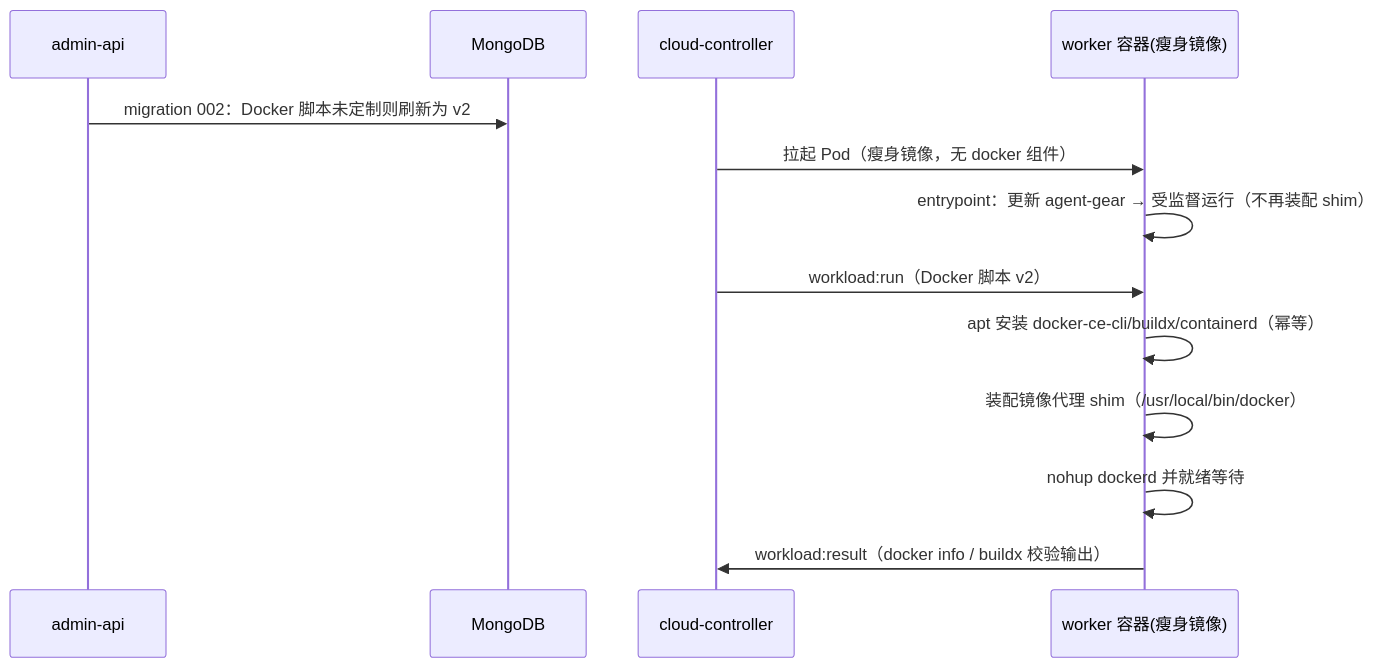
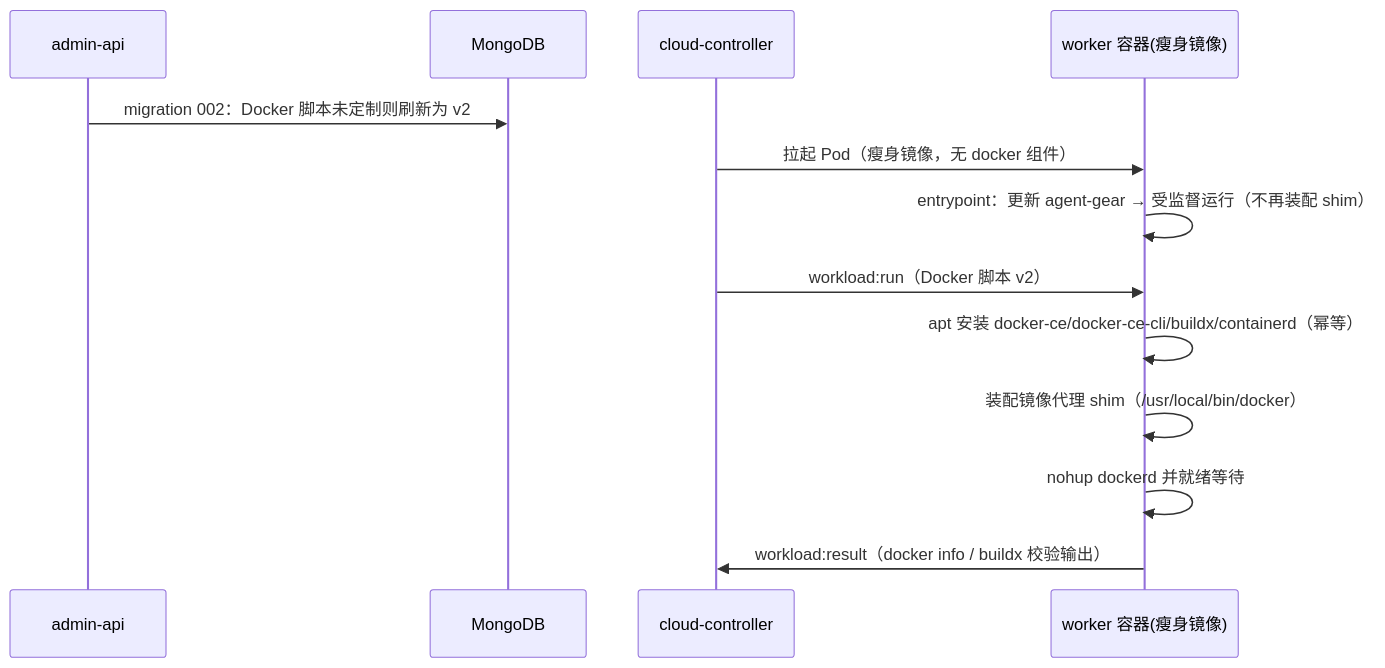
The third of 4 diagrams in docs/engineering/proposals/20261018-feat-workload-phase4.md (Deliay/z-agent-gear), drawn with Mermaid before and after one commit. The commit also changed other lines of this file and 2 other files, not shown here.

First line of the commit message:
docs(workload): 同步 Docker 脚本 v2 包列表与内网安装源口径

````diff
--- a/docs/engineering/proposals/20261018-feat-workload-phase4.md
+++ b/docs/engineering/proposals/20261018-feat-workload-phase4.md
@@ -121,16 +122,16 @@
 ```mermaid
 sequenceDiagram
     participant A as admin-api
     participant M as MongoDB
     participant C as cloud-controller
     participant W as worker 容器(瘦身镜像)
 
     A->>M: migration 002：Docker 脚本未定制则刷新为 v2
     C->>W: 拉起 Pod（瘦身镜像，无 docker 组件）
     W->>W: entrypoint：更新 agent-gear → 受监督运行（不再装配 shim）
     C->>W: workload:run（Docker 脚本 v2）
-    W->>W: apt 安装 docker-ce-cli/buildx/containerd（幂等）
+    W->>W: apt 安装 docker-ce/docker-ce-cli/buildx/containerd（幂等）
     W->>W: 装配镜像代理 shim（/usr/local/bin/docker）
     W->>W: nohup dockerd 并就绪等待
     W->>C: workload:result（docker info / buildx 校验输出）
 ```
````
